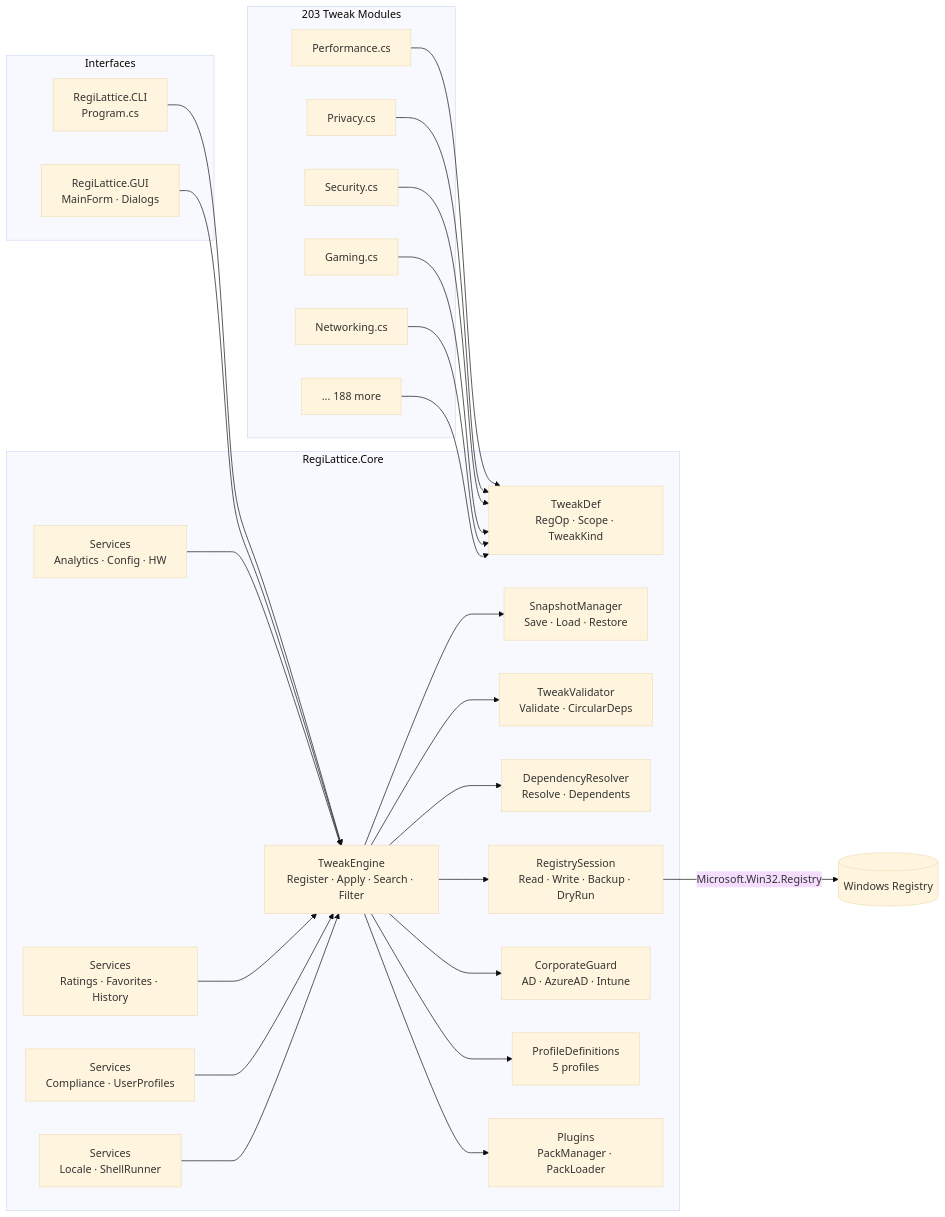
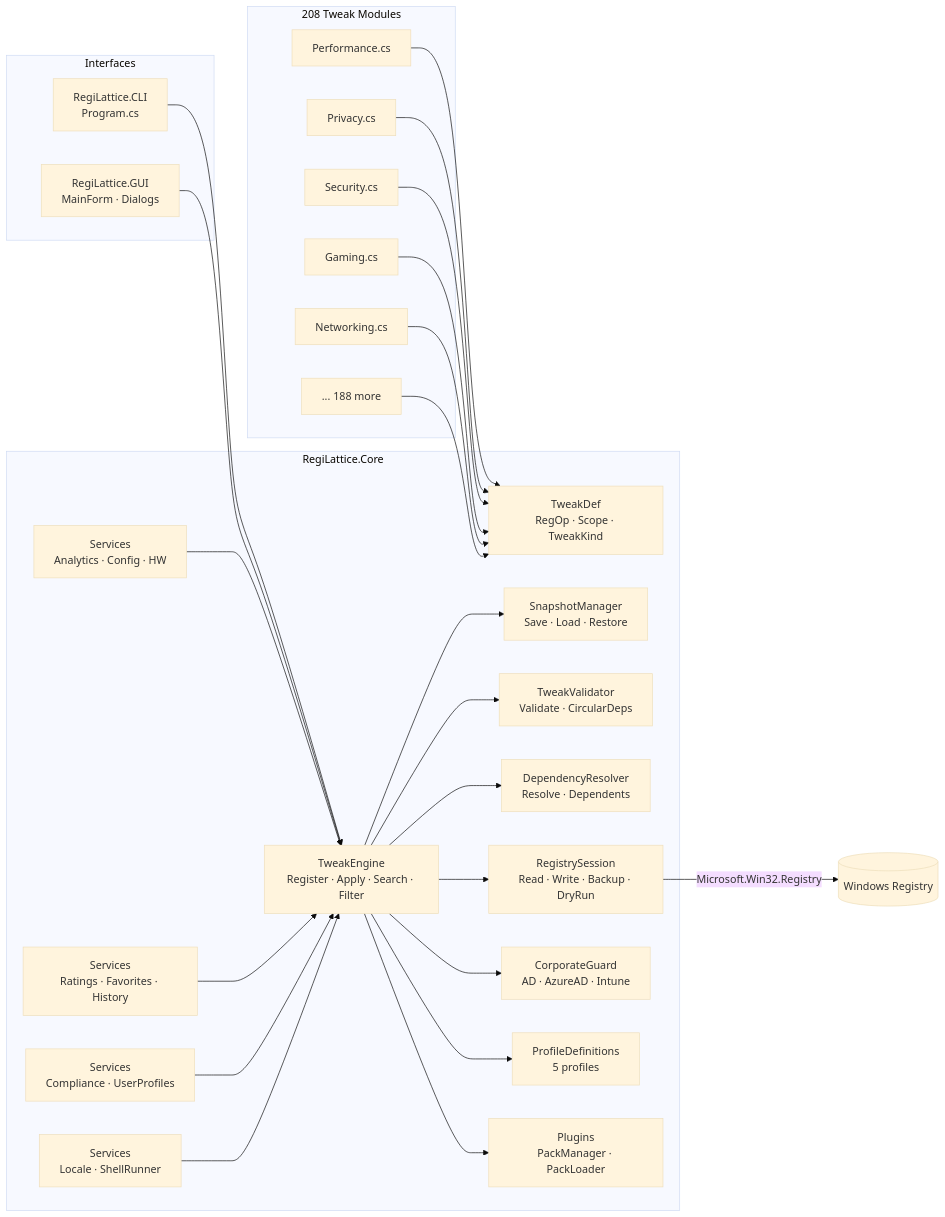
The diagram in README.md (RajwanYair/RegiLattice), drawn with Mermaid (base theme) before and after one commit. The commit also changed other lines of this file and 10 other files, not shown here.

First line of the commit message:
feat(tweaks): Sprints 172-176 — 5 policy modules, 50 tweaks, v5.3.0

````diff
--- a/README.md
+++ b/README.md
@@ -87,53 +87,53 @@
 ```mermaid
 graph LR
     subgraph Interfaces
         CLI[RegiLattice.CLI<br/>Program.cs]
         GUI[RegiLattice.GUI<br/>MainForm · Dialogs]
     end
 
     subgraph Core["RegiLattice.Core"]
         TE[TweakEngine<br/>Register · Apply · Search · Filter]
         SM[SnapshotManager<br/>Save · Load · Restore]
         TV[TweakValidator<br/>Validate · CircularDeps]
         DR[DependencyResolver<br/>Resolve · Dependents]
         TD[TweakDef<br/>RegOp · Scope · TweakKind]
         RS[RegistrySession<br/>Read · Write · Backup · DryRun]
         CG[CorporateGuard<br/>AD · AzureAD · Intune]
         PD[ProfileDefinitions<br/>5 profiles]
         SV[Services<br/>Analytics · Config · HW]
         SV2[Services<br/>Ratings · Favorites · History]
         SV3[Services<br/>Compliance · UserProfiles]
         SV4[Services<br/>Locale · ShellRunner]
         PM[Plugins<br/>PackManager · PackLoader]
     end
 
-    subgraph Tweaks["203 Tweak Modules"]
+    subgraph Tweaks["208 Tweak Modules"]
         T1[Performance.cs]
         T2[Privacy.cs]
         T3[Security.cs]
         T4[Gaming.cs]
         T5[Networking.cs]
         TN[... 188 more]
     end
 
     CLI --> TE
     GUI --> TE
     TE --> SM
     TE --> TV
     TE --> DR
     TE --> RS
     TE --> CG
     TE --> PD
     TE --> PM
     SV --> TE
     SV2 --> TE
     SV3 --> TE
     SV4 --> TE
     T1 --> TD
     T2 --> TD
     T3 --> TD
     T4 --> TD
     T5 --> TD
     TN --> TD
     RS -->|Microsoft.Win32.Registry| WR[(Windows Registry)]
 ```
````
